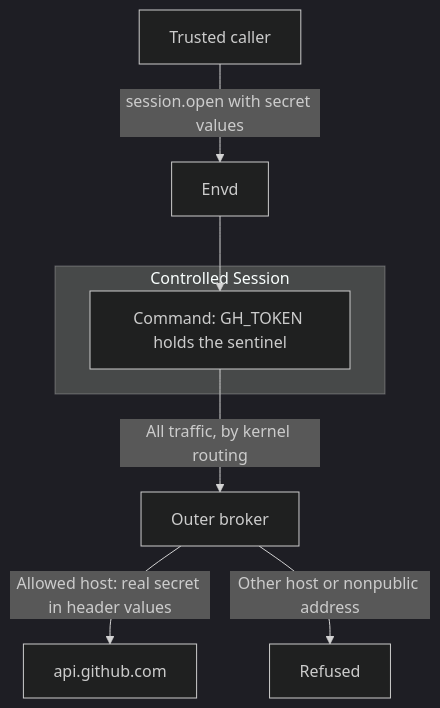
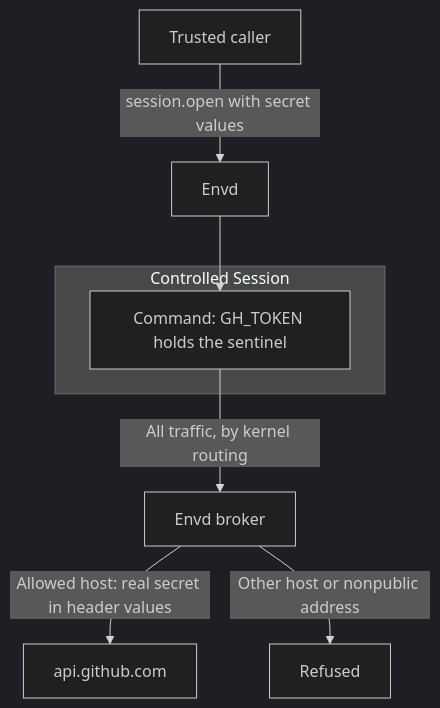
The diagram in docs/a13n-envd/egress.md (converge-ai-labs/agent-foundation), drawn with Mermaid (dark theme) before and after one commit. The commit also changed other lines of this file and 199 other files, not shown here.

````diff
--- a/docs/a13n-envd/egress.md
+++ b/docs/a13n-envd/egress.md
@@ -55,16 +55,16 @@
 ```mermaid
 flowchart TB
     Caller["Trusted caller"] -->|"session.open with secret values"| Envd["Envd"]
     subgraph Session["Controlled Session"]
         Command["Command: GH_TOKEN holds the sentinel"]
     end
     Envd --> Command
-    Command -->|"All traffic, by kernel routing"| Broker["Outer broker"]
+    Command -->|"All traffic, by kernel routing"| Broker["Envd broker"]
     Broker -->|"Allowed host: real secret in header values"| Upstream["api.github.com"]
     Broker -->|"Other host or nonpublic address"| Refused["Refused"]
 
     class Caller app
     class Envd,Broker a13n
     class Upstream ext
     class Refused danger
 ```
````
